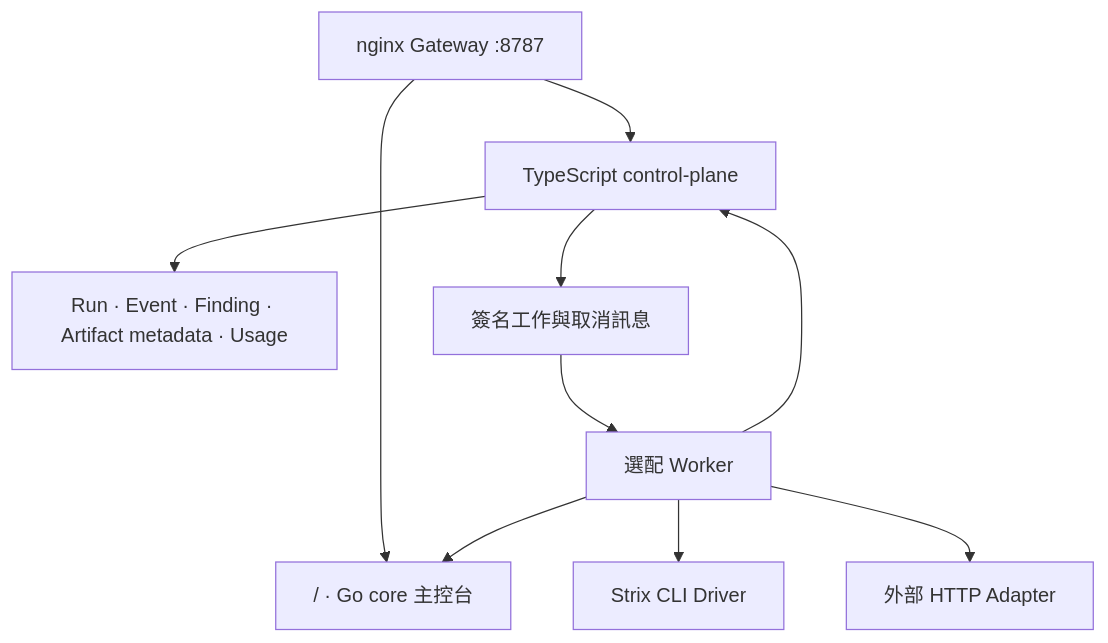
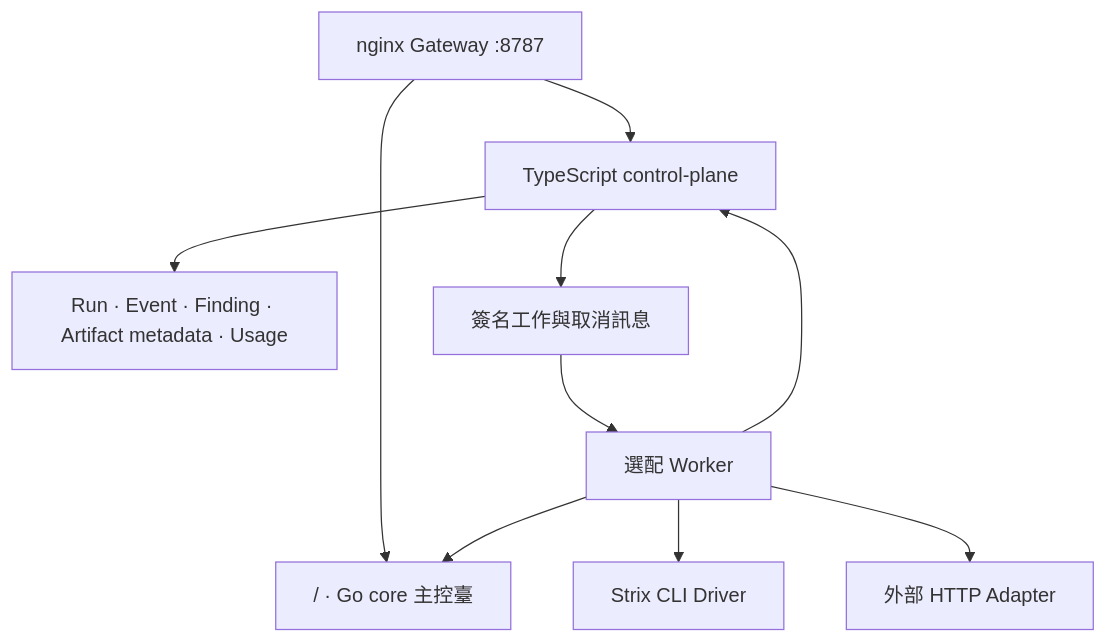
One commit to TIAN0517/JySecAI changed the first of 2 diagrams in docs/jysec-architecture.md. Above: the diagram before and after it, drawn with Mermaid. The commit also changed other lines of this file and 42 other files, not shown here.

````diff
--- a/docs/jysec-architecture.md
+++ b/docs/jysec-architecture.md
@@ -9,12 +9,12 @@
 ```mermaid
 flowchart TB
-    Gateway["nginx Gateway :8787"] --> Core["/ · Go core 主控台"]
+    Gateway["nginx Gateway :8787"] --> Core["/ · Go core 主控臺"]
     Gateway --> Control["TypeScript control-plane"]
     Control --> Postgres["Run · Event · Finding · Artifact metadata · Usage"]
     Control --> Redis["簽名工作與取消訊息"]
     Redis --> Worker["選配 Worker"]
     Worker --> Strix["Strix CLI Driver"]
     Worker --> Adapter["外部 HTTP Adapter"]
     Worker --> Core
     Worker --> Control
 ```
````
